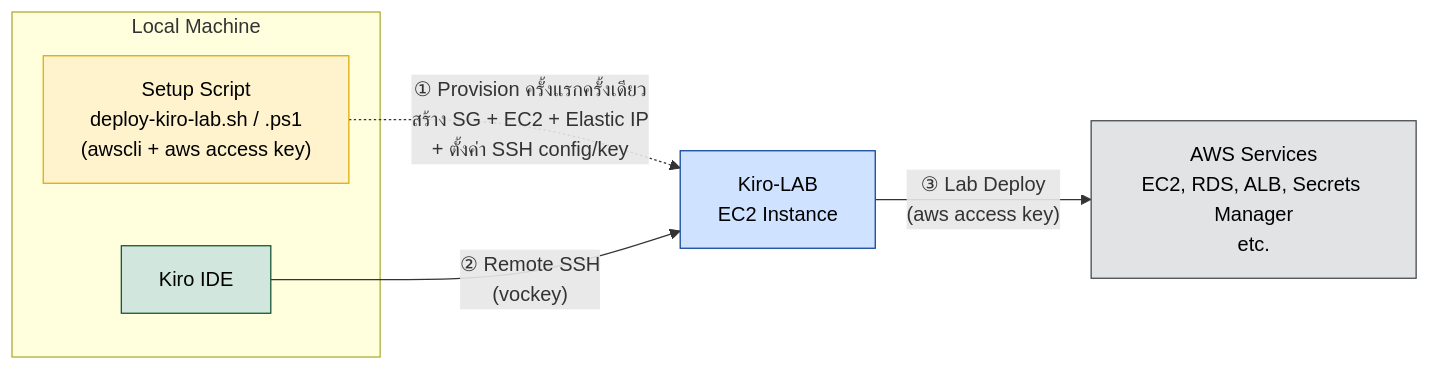
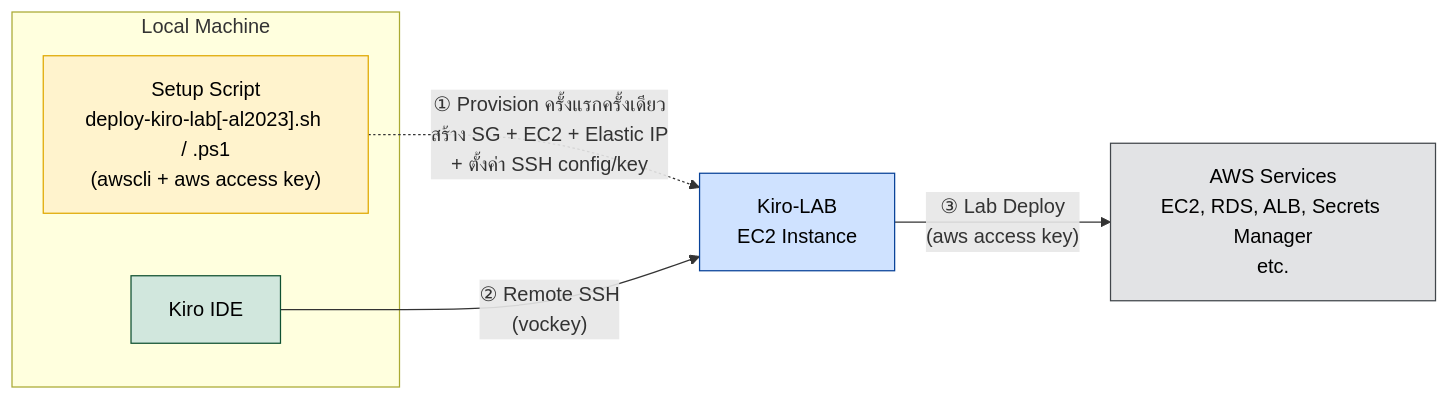
The diagram in README.md (chaisit/aws-kiro-workshop), drawn with Mermaid before and after one commit. The commit also changed other lines of this file and 11 other files, not shown here.

First line of the commit message:
feat(labs): add Amazon Linux 2023 deploy scripts and fix graphify package name

````diff
--- a/README.md
+++ b/README.md
@@ -13,16 +13,16 @@
 ```mermaid
 graph LR
     subgraph LOCAL[Local Machine]
         A[Kiro IDE]
-        S["Setup Script<br/>deploy-kiro-lab.sh / .ps1<br/>(awscli + aws access key)"]
+        S["Setup Script<br/>deploy-kiro-lab[-al2023].sh / .ps1<br/>(awscli + aws access key)"]
     end
 
     S -.->|"① Provision ครั้งแรกครั้งเดียว<br/>สร้าง SG + EC2 + Elastic IP<br/>+ ตั้งค่า SSH config/key"| B
     A -->|"② Remote SSH<br/>(vockey)"| B[Kiro-LAB<br/>EC2 Instance]
     B -->|"③ Lab Deploy<br/>(aws access key)"| C[AWS Services<br/>EC2, RDS, ALB, Secrets Manager<br/>etc.]
 
     style S fill:#fff3cd,stroke:#e0a800,color:#000
     style A fill:#d1e7dd,stroke:#0f5132,color:#000
     style B fill:#cfe2ff,stroke:#084298,color:#000
     style C fill:#e2e3e5,stroke:#41464b,color:#000
 ```
````
